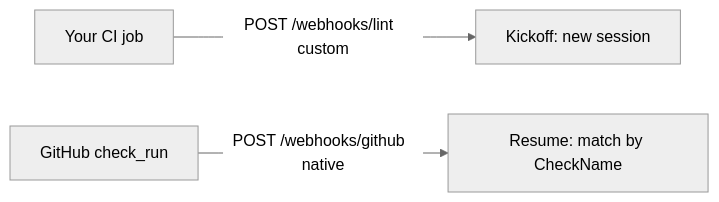
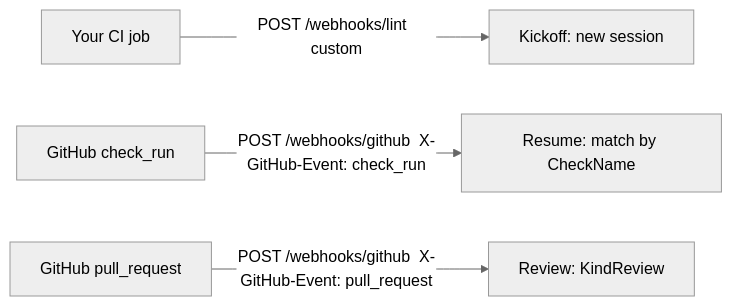
One commit to jkjamies/automation-agent changed the diagram in .agents/standards/webhooks.md. Above: the diagram before and after it, drawn with Mermaid (neutral theme). The commit also changed other lines of this file and 13 other files, not shown here.

````diff
--- a/.agents/standards/webhooks.md
+++ b/.agents/standards/webhooks.md
@@ -24,5 +28,6 @@
 ```mermaid
 flowchart LR
     CI[Your CI job] -->|POST /webhooks/lint  custom| K[Kickoff: new session]
-    GH[GitHub check_run] -->|POST /webhooks/github  native| R[Resume: match by CheckName]
+    GH1[GitHub check_run] -->|POST /webhooks/github  X-GitHub-Event: check_run| R[Resume: match by CheckName]
+    GH2[GitHub pull_request] -->|POST /webhooks/github  X-GitHub-Event: pull_request| RV[Review: KindReview]
 ```
````
